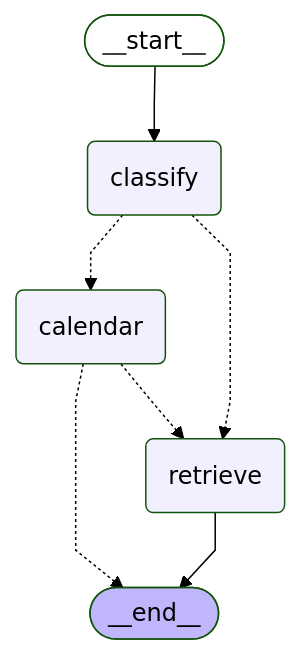
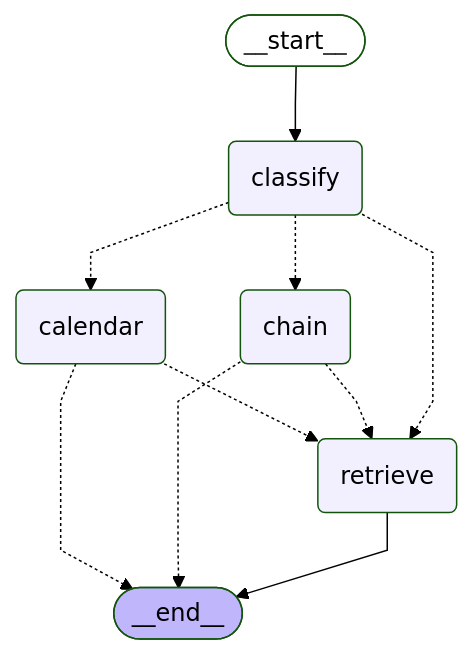
The diagram in docs/architecture.md (medrees-1000/city-tech-assistant), drawn with Mermaid (forest theme) before and after one commit. The commit also changed other lines of this file and 10 other files, not shown here.

Commit message:
Step 4b part 2: chain walk, extraction, @tool, chain node and edges, classifier v2 switch (router.chain, CTA_ROUTER_CHAIN, --chain), regenerated architecture, tests

````diff
--- a/docs/architecture.md
+++ b/docs/architecture.md
@@ -7,22 +7,26 @@
 ```mermaid
 ---
 config:
   flowchart:
     curve: linear
 ---
 graph TD;
 	__start__([<p>__start__</p>]):::first
 	classify(classify)
 	calendar(calendar)
+	chain(chain)
 	retrieve(retrieve)
 	__end__([<p>__end__</p>]):::last
 	__start__ --> classify;
 	calendar -.-> __end__;
 	calendar -.-> retrieve;
+	chain -.-> __end__;
+	chain -.-> retrieve;
 	classify -.-> calendar;
+	classify -.-> chain;
 	classify -.-> retrieve;
 	retrieve --> __end__;
 	classDef default fill:#f2f0ff,line-height:1.2
 	classDef first fill-opacity:0
 	classDef last fill:#bfb6fc
 ```
````
